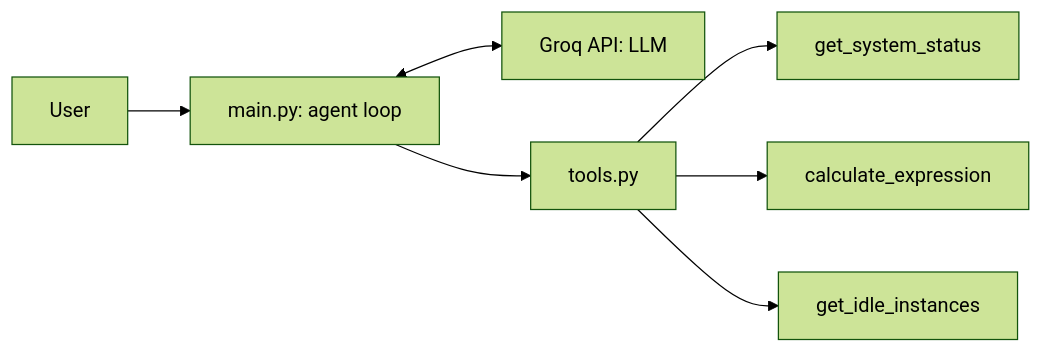
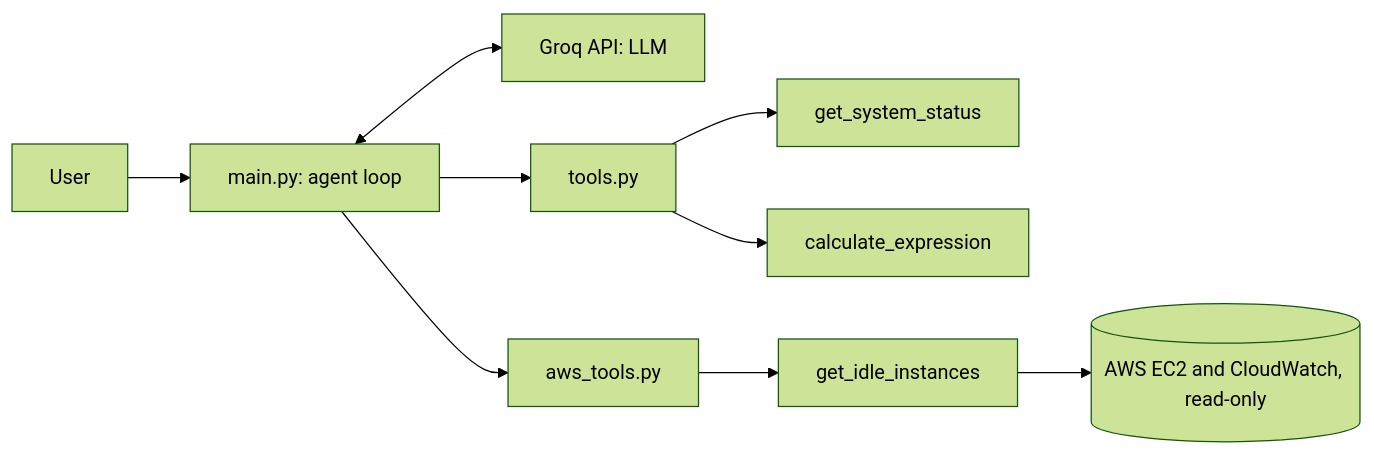
The diagram in README.md (achh-914/ai-agent-core-groq), drawn with Mermaid (forest theme) before and after one commit. The commit also changed other lines of this file and 3 other files, not shown here.

````diff
--- a/README.md
+++ b/README.md
@@ -9,9 +9,11 @@
 ```mermaid
 flowchart LR
     U[User] --> A[main.py: agent loop]
     A <--> G[Groq API: LLM]
     A --> T[tools.py]
     T --> S[get_system_status]
     T --> C[calculate_expression]
-    T --> I[get_idle_instances]
+    A --> W[aws_tools.py]
+    W --> I[get_idle_instances]
+    I --> AWS[(AWS EC2 and CloudWatch, read-only)]
 ```
````
